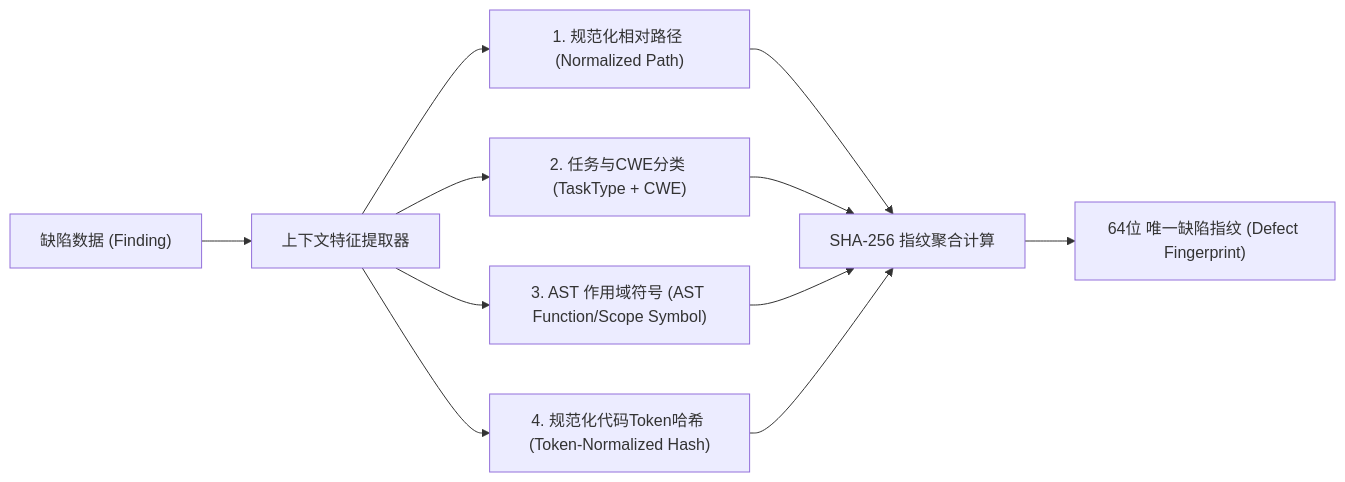
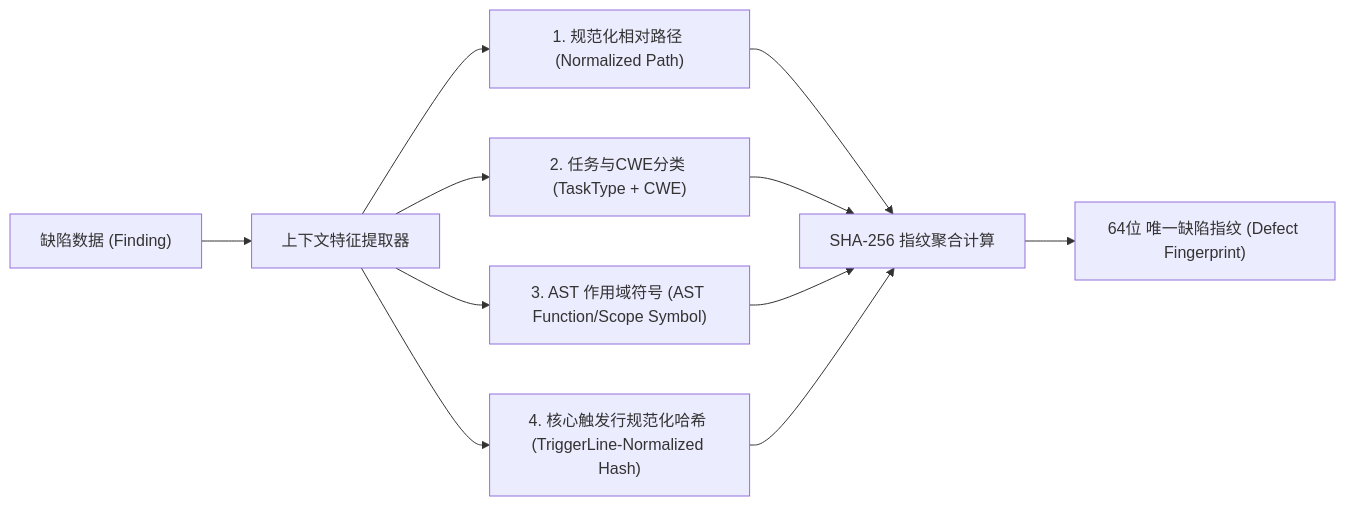
Before and after one commit to fugui/code-shield: the second of 7 diagrams in docs/agentic-scanner-architecture/06-CodeShield-多任务企业治理与历史记忆闭环深度设计.md, drawn with Mermaid. The commit also changed other lines of this file and 6 other files, not shown here.

````diff
--- a/docs/agentic-scanner-architecture/06-CodeShield-多任务企业治理与历史记忆闭环深度设计.md
+++ b/docs/agentic-scanner-architecture/06-CodeShield-多任务企业治理与历史记忆闭环深度设计.md
@@ -48,12 +48,12 @@
 ```mermaid
 flowchart LR
     Finding["缺陷数据 (Finding)"] --> Extractor["上下文特征提取器"]
     
     Extractor --> F1["1. 规范化相对路径 (Normalized Path)"]
     Extractor --> F2["2. 任务与CWE分类 (TaskType + CWE)"]
     Extractor --> F3["3. AST 作用域符号 (AST Function/Scope Symbol)"]
-    Extractor --> F4["4. 规范化代码Token哈希 (Token-Normalized Hash)"]
+    Extractor --> F4["4. 核心触发行规范化哈希 (TriggerLine-Normalized Hash)"]
     
     F1 & F2 & F3 & F4 --> Hasher["SHA-256 指纹聚合计算"]
     Hasher --> Fingerprint["64位 唯一缺陷指纹 (Defect Fingerprint)"]
 ```
````
